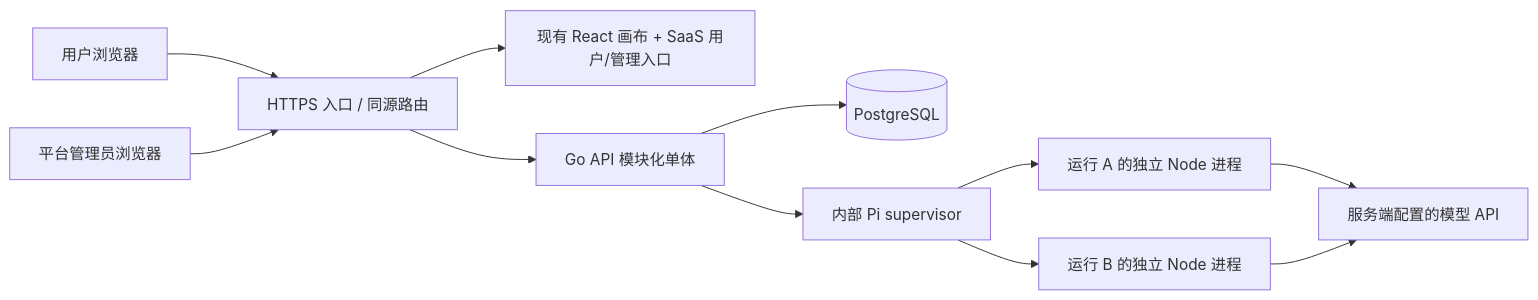
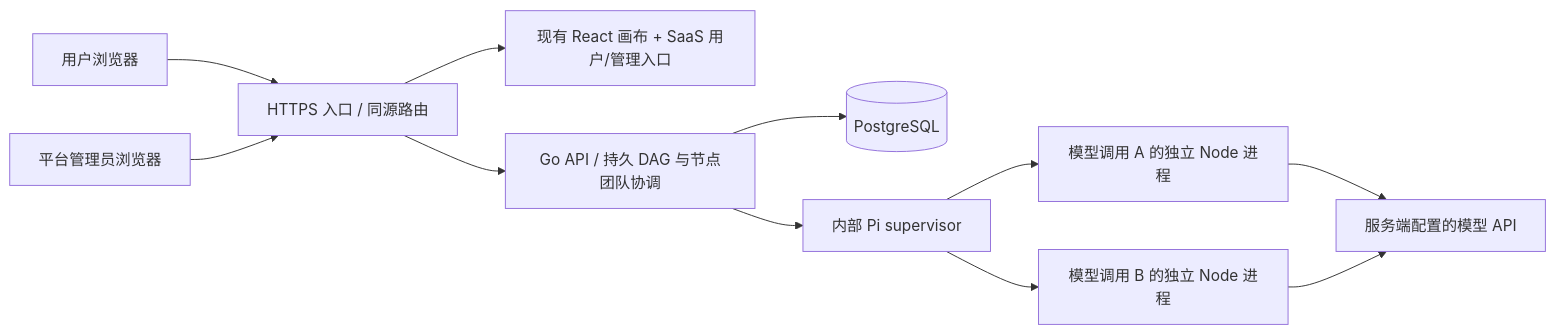
One commit to Clawhunt-Site/AwwO changed the diagram in docs/awwo-saas-architecture.md. Above: the diagram before and after it, drawn with Mermaid. The commit also changed other lines of this file and 47 other files, not shown here.

Commit message:
feat(orchestration): persist node teams and background graph execution

````diff
--- a/docs/awwo-saas-architecture.md
+++ b/docs/awwo-saas-architecture.md
@@ -19,13 +19,13 @@
 ```mermaid
 flowchart LR
   U[用户浏览器] --> E[HTTPS 入口 / 同源路由]
   A[平台管理员浏览器] --> E
   E --> W[现有 React 画布 + SaaS 用户/管理入口]
-  E --> G[Go API 模块化单体]
+  E --> G[Go API / 持久 DAG 与节点团队协调]
   G --> D[(PostgreSQL)]
   G --> P[内部 Pi supervisor]
-  P --> R1[运行 A 的独立 Node 进程]
-  P --> R2[运行 B 的独立 Node 进程]
+  P --> R1[模型调用 A 的独立 Node 进程]
+  P --> R2[模型调用 B 的独立 Node 进程]
   R1 --> M[服务端配置的模型 API]
   R2 --> M
 ```
````
